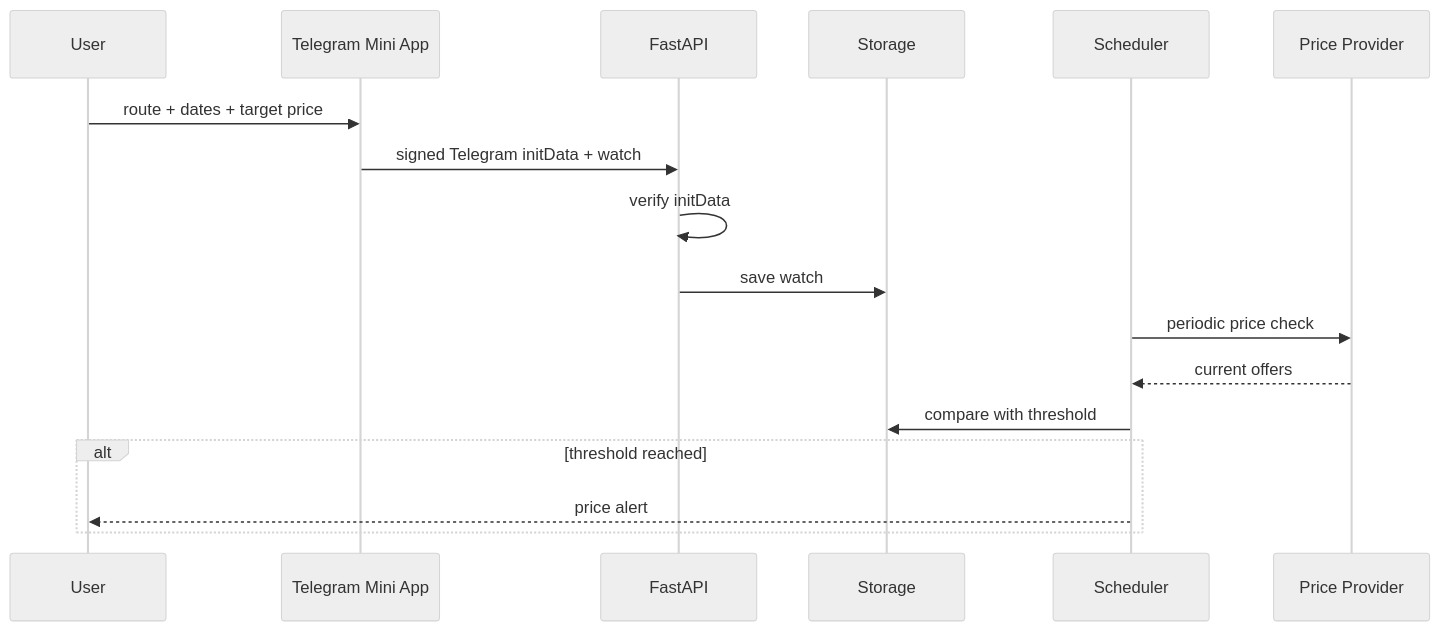
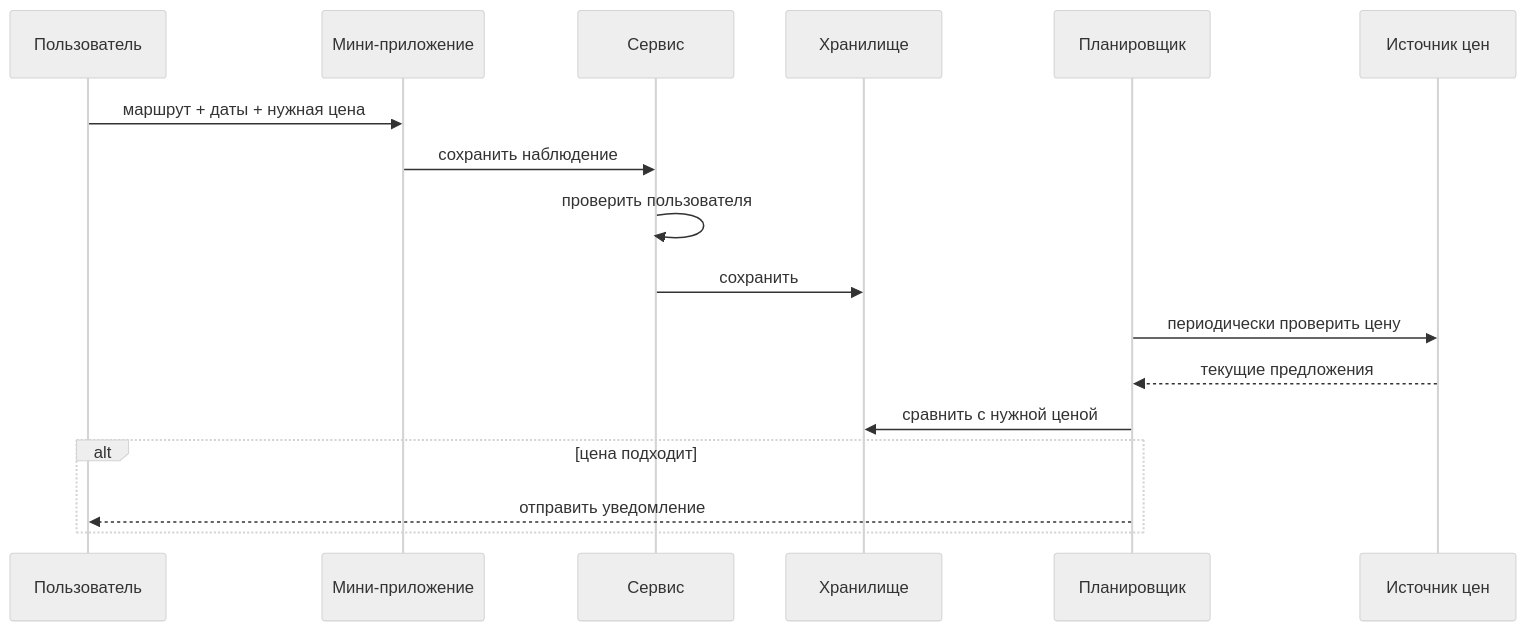
Before and after one commit to kirillq2098/kirillq2098: the fourth of 5 diagrams in docs/ARCHITECTURE.md, drawn with Mermaid (neutral theme). The commit also changed other lines of this file, not shown here.

Commit message:
docs: explain system architecture in plain Russian

````diff
--- a/docs/ARCHITECTURE.md
+++ b/docs/ARCHITECTURE.md
@@ -77,20 +77,20 @@
 ```mermaid
 sequenceDiagram
-    participant U as User
-    participant APP as Telegram Mini App
-    participant API as FastAPI
-    participant DB as Storage
-    participant SCH as Scheduler
-    participant P as Price Provider
+    participant U as Пользователь
+    participant APP as Мини-приложение
+    participant API as Сервис
+    participant DB as Хранилище
+    participant SCH as Планировщик
+    participant P as Источник цен
 
-    U->>APP: route + dates + target price
-    APP->>API: signed Telegram initData + watch
-    API->>API: verify initData
-    API->>DB: save watch
-    SCH->>P: periodic price check
-    P-->>SCH: current offers
-    SCH->>DB: compare with threshold
-    alt threshold reached
-        SCH-->>U: price alert
+    U->>APP: маршрут + даты + нужная цена
+    APP->>API: сохранить наблюдение
+    API->>API: проверить пользователя
+    API->>DB: сохранить
+    SCH->>P: периодически проверить цену
+    P-->>SCH: текущие предложения
+    SCH->>DB: сравнить с нужной ценой
+    alt цена подходит
+        SCH-->>U: отправить уведомление
     end
 ```
````
